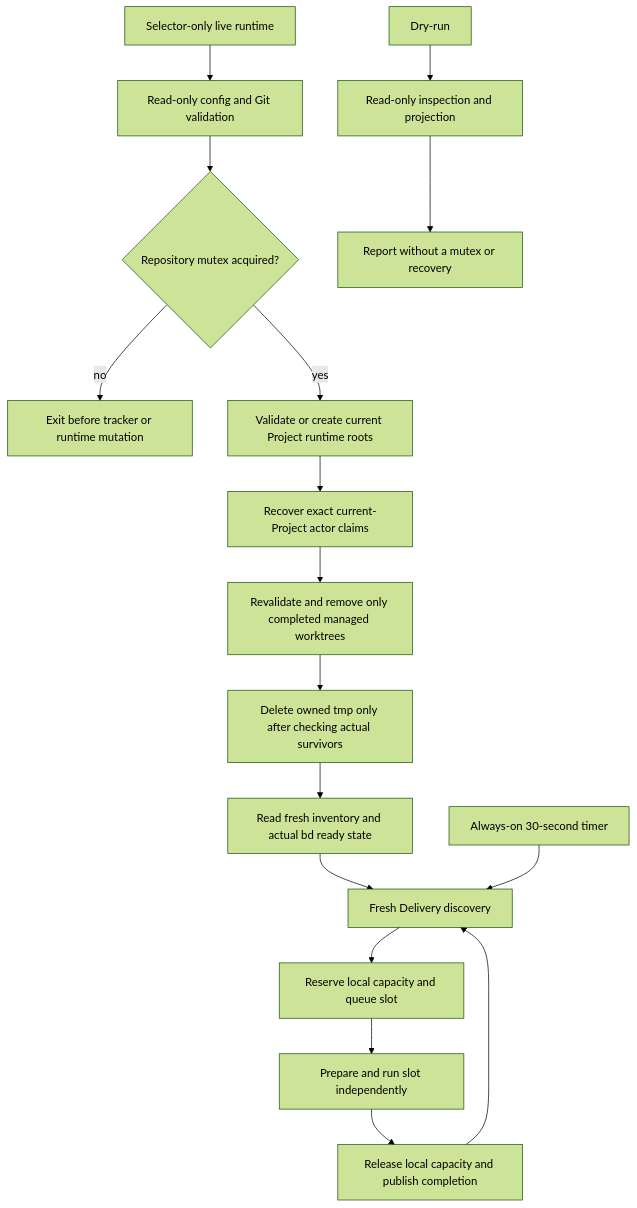
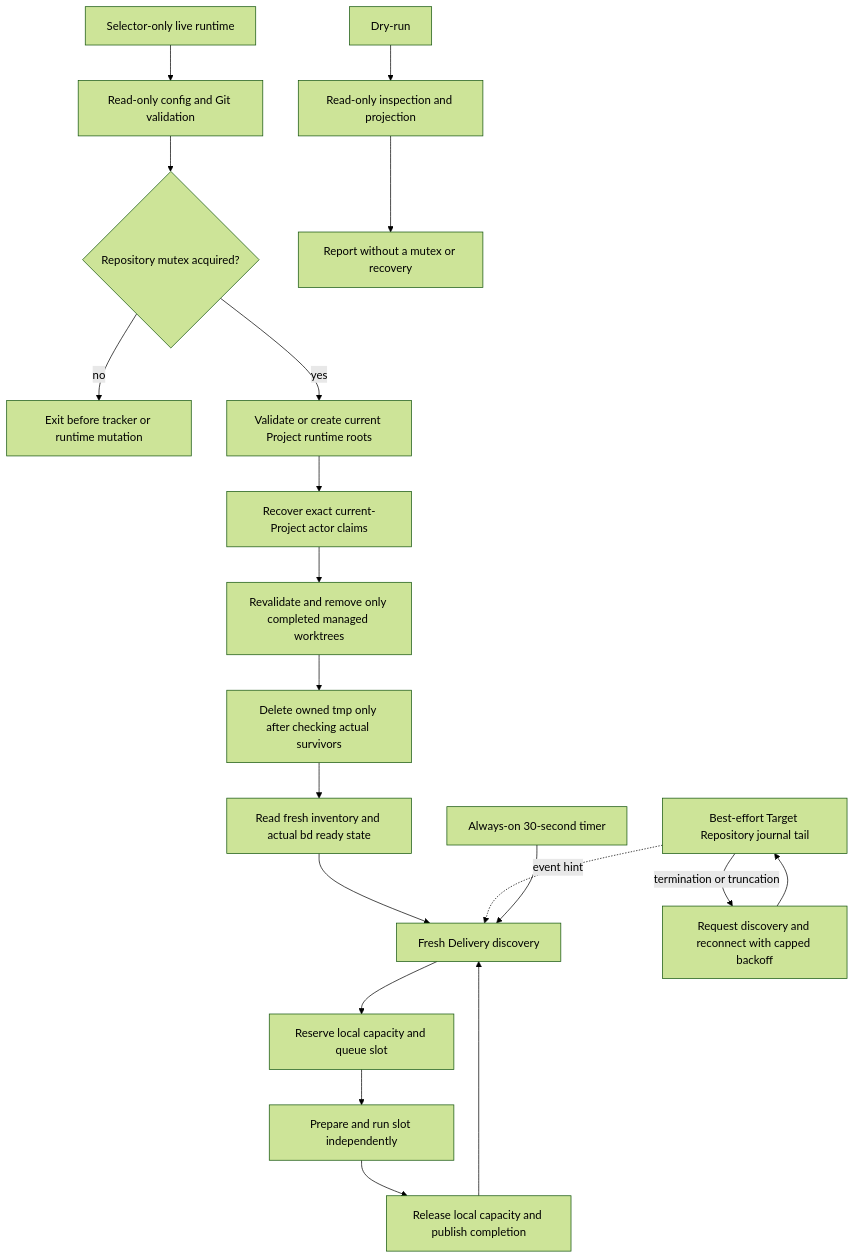
Before and after one commit to mgasparel/nightweaver: the third of 3 diagrams in SPEC.md, drawn with Mermaid (forest theme). The commit also changed other lines of this file and 13 other files, not shown here.

Commit message:
feat: wake continuous discovery from Beads journal

````diff
--- a/SPEC.md
+++ b/SPEC.md
@@ -224,19 +224,22 @@
 ```mermaid
 flowchart TD
     Live[Selector-only live runtime] --> Validate[Read-only config and Git validation]
     Validate --> Mutex{Repository mutex acquired?}
     Mutex -- no --> Loser[Exit before tracker or runtime mutation]
     Mutex -- yes --> Roots[Validate or create current Project runtime roots]
     Roots --> Recovery[Recover exact current-Project actor claims]
     Recovery --> Sweep[Revalidate and remove only completed managed worktrees]
     Sweep --> Tmp[Delete owned tmp only after checking actual survivors]
     Tmp --> Actual[Read fresh inventory and actual bd ready state]
     Actual --> Discover[Fresh Delivery discovery]
     Discover --> Reserve[Reserve local capacity and queue slot]
     Reserve --> Slot[Prepare and run slot independently]
     Slot --> Complete[Release local capacity and publish completion]
     Complete --> Discover
+    JournalTail[Best-effort Target Repository journal tail] -. event hint .-> Discover
+    JournalTail -->|termination or truncation| Reconnect[Request discovery and reconnect with capped backoff]
+    Reconnect --> JournalTail
     Timer[Always-on 30-second timer] --> Discover
     DryRun[Dry-run] --> Inspect[Read-only inspection and projection]
     Inspect --> Report[Report without a mutex or recovery]
 ```
````
